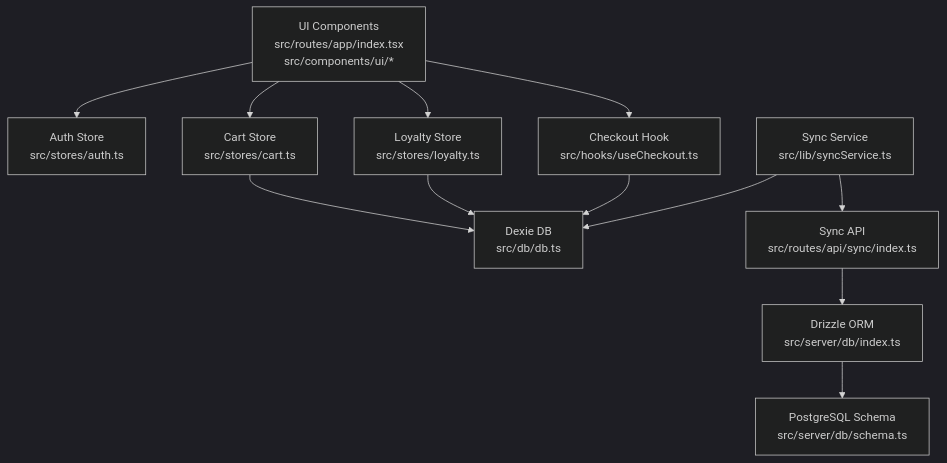
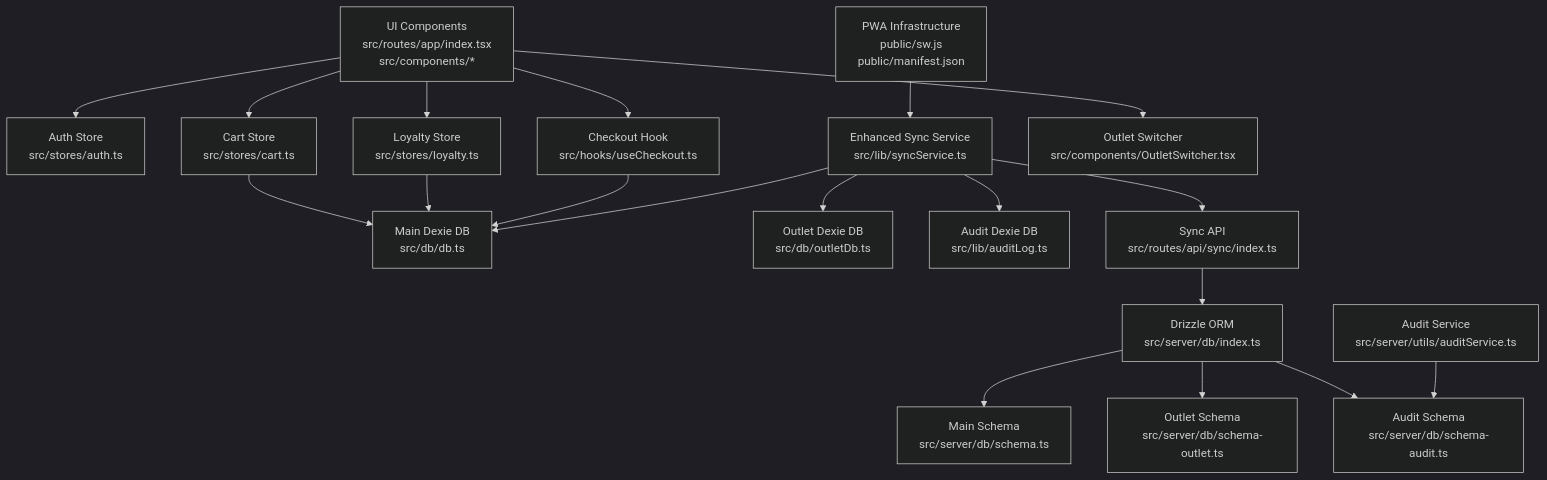
One commit to riod94/ngepos changed the second of 13 diagrams in .qoder/repowiki/en/content/Architecture Overview.md. Above: the diagram before and after it, drawn with Mermaid (dark theme). The commit also changed other lines of this file and 18 other files, not shown here.

````diff
--- a/.qoder/repowiki/en/content/Architecture Overview.md
+++ b/.qoder/repowiki/en/content/Architecture Overview.md
@@ -116,24 +165,38 @@
 ```mermaid
 graph TB
-UI["UI Components<br/>src/routes/app/index.tsx<br/>src/components/ui/*"]
+UI["UI Components<br/>src/routes/app/index.tsx<br/>src/components/*"]
 AUTH["Auth Store<br/>src/stores/auth.ts"]
 CART["Cart Store<br/>src/stores/cart.ts"]
 LOYALTY["Loyalty Store<br/>src/stores/loyalty.ts"]
-SYNC["Sync Service<br/>src/lib/syncService.ts"]
+SYNC["Enhanced Sync Service<br/>src/lib/syncService.ts"]
 CHECKOUT["Checkout Hook<br/>src/hooks/useCheckout.ts"]
-DEXIE["Dexie DB<br/>src/db/db.ts"]
+DEXIE_MAIN["Main Dexie DB<br/>src/db/db.ts"]
+DEXIE_OUTLET["Outlet Dexie DB<br/>src/db/outletDb.ts"]
+DEXIE_AUDIT["Audit Dexie DB<br/>src/lib/auditLog.ts"]
+AUDIT_SERVICE["Audit Service<br/>src/server/utils/auditService.ts"]
 API_SYNC["Sync API<br/>src/routes/api/sync/index.ts"]
 DRIZZLE["Drizzle ORM<br/>src/server/db/index.ts"]
-PG["PostgreSQL Schema<br/>src/server/db/schema.ts"]
+SCHEMA_MAIN["Main Schema<br/>src/server/db/schema.ts"]
+SCHEMA_OUTLET["Outlet Schema<br/>src/server/db/schema-outlet.ts"]
+SCHEMA_AUDIT["Audit Schema<br/>src/server/db/schema-audit.ts"]
+OUTLET_SWITCHER["Outlet Switcher<br/>src/components/OutletSwitcher.tsx"]
+PWA["PWA Infrastructure<br/>public/sw.js<br/>public/manifest.json"]
 UI --> AUTH
 UI --> CART
 UI --> LOYALTY
+UI --> OUTLET_SWITCHER
 UI --> CHECKOUT
-CART --> DEXIE
-LOYALTY --> DEXIE
-CHECKOUT --> DEXIE
-SYNC --> DEXIE
+CART --> DEXIE_MAIN
+LOYALTY --> DEXIE_MAIN
+CHECKOUT --> DEXIE_MAIN
+SYNC --> DEXIE_MAIN
+SYNC --> DEXIE_OUTLET
+SYNC --> DEXIE_AUDIT
 SYNC --> API_SYNC
 API_SYNC --> DRIZZLE
-DRIZZLE --> PG
+DRIZZLE --> SCHEMA_MAIN
+DRIZZLE --> SCHEMA_OUTLET
+DRIZZLE --> SCHEMA_AUDIT
+AUDIT_SERVICE --> SCHEMA_AUDIT
+PWA --> SYNC
 ```
````
